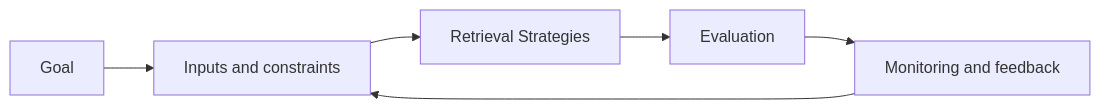
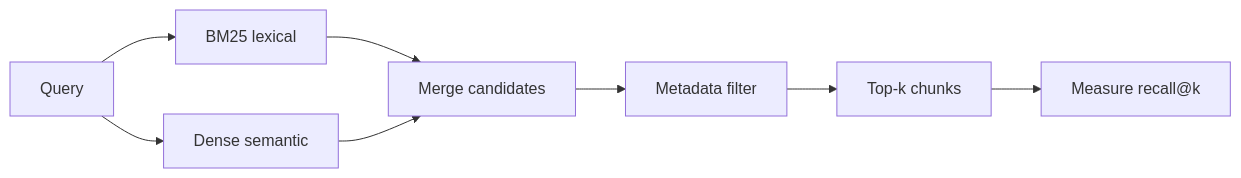
Before and after one commit to Icon1cc/Machine-Learning: the diagram in rag/06-retrieval-strategies.md, drawn with Mermaid. The commit also changed other lines of this file and 118 other files, not shown here.

````diff
--- a/rag/06-retrieval-strategies.md
+++ b/rag/06-retrieval-strategies.md
@@ -93,8 +72,10 @@
 ```mermaid
 flowchart LR
-    A[Goal] --> B[Inputs and constraints]
-    B --> C[Retrieval Strategies]
-    C --> D[Evaluation]
-    D --> E[Monitoring and feedback]
-    E --> B
+    A[Query] --> B[BM25 lexical]
+    A --> C[Dense semantic]
+    B --> D[Merge candidates]
+    C --> D
+    D --> E[Metadata filter]
+    E --> F[Top-k chunks]
+    F --> G[Measure recall@k]
 ```
````
